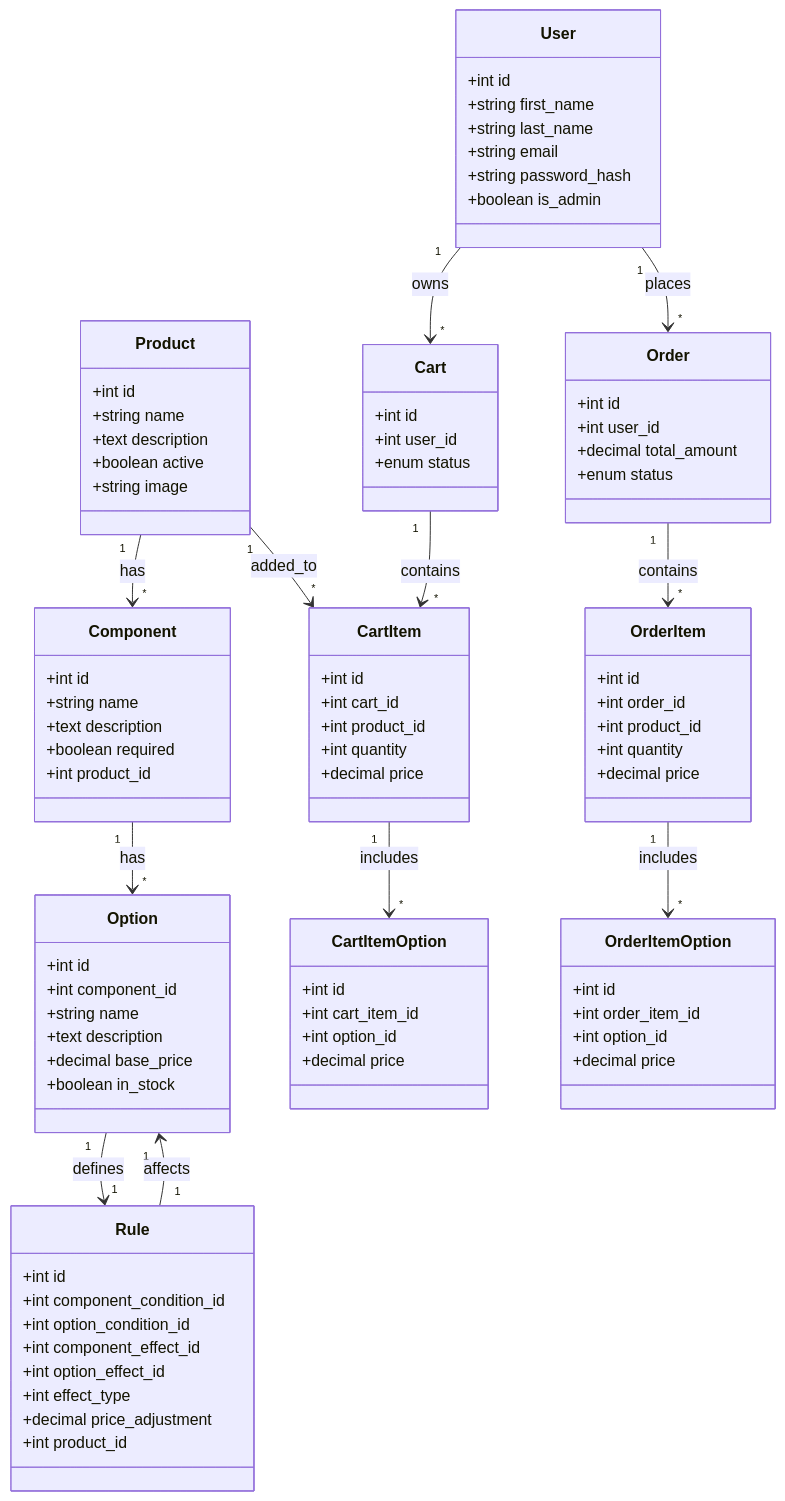
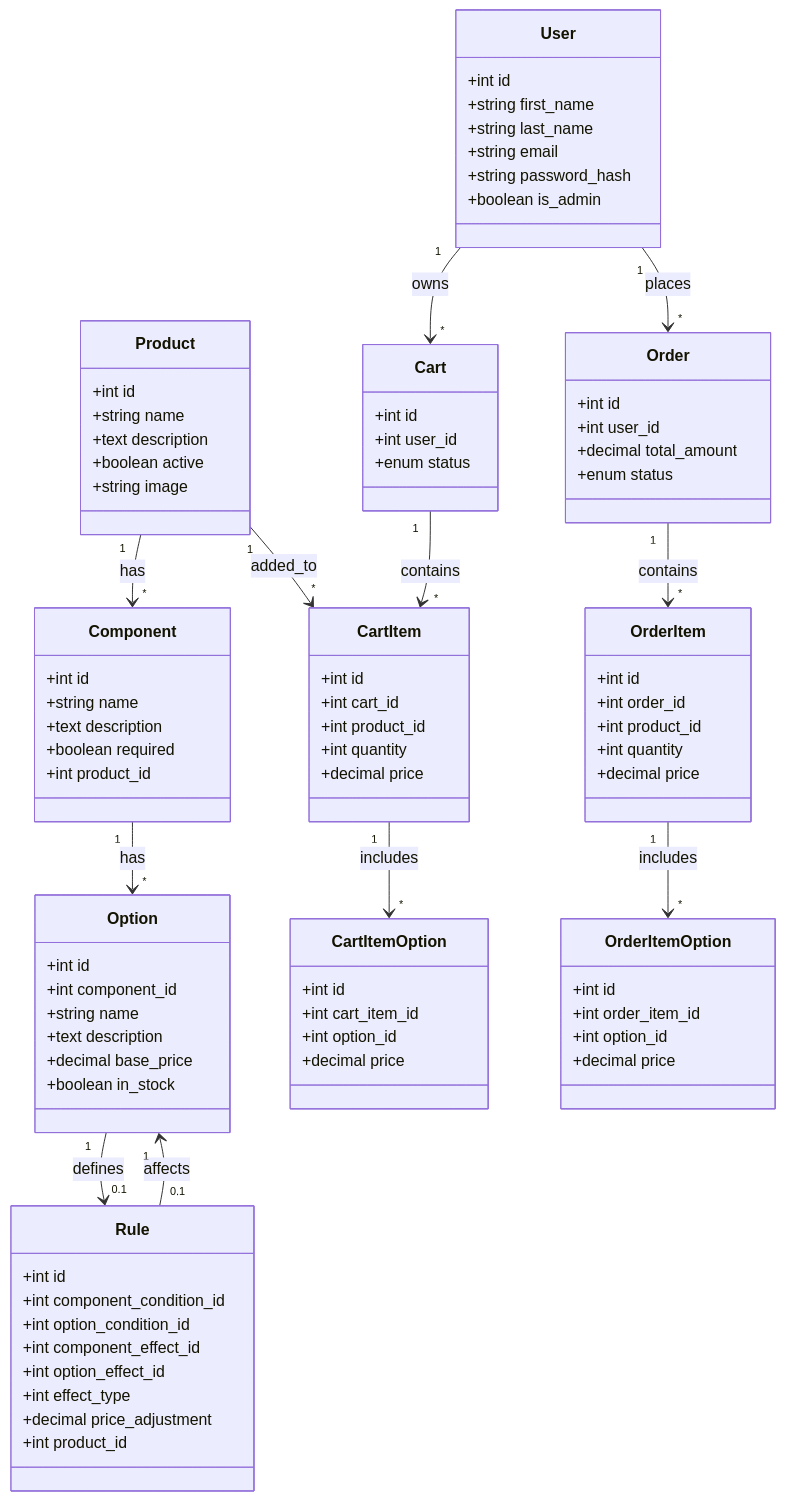
The diagram in README.md (phernama21/bicycle-shop), drawn with Mermaid before and after one commit. The commit also changed other lines of this file and 1 other file, not shown here.

```diff
--- a/README.md
+++ b/README.md
@@ -119,8 +121,8 @@
 
     Product "1" --> "*" Component : has
     Component "1" --> "*" Option : has
-    Rule "1" --> "1" Option : affects
-    Option "1" --> "1" Rule : defines
+    Rule "0,1" --> "1" Option : affects
+    Option "1" --> "0,1" Rule : defines
     User "1" --> "*" Cart : owns
     Cart "1" --> "*" CartItem : contains
     CartItem "1" --> "*" CartItemOption : includes
```
